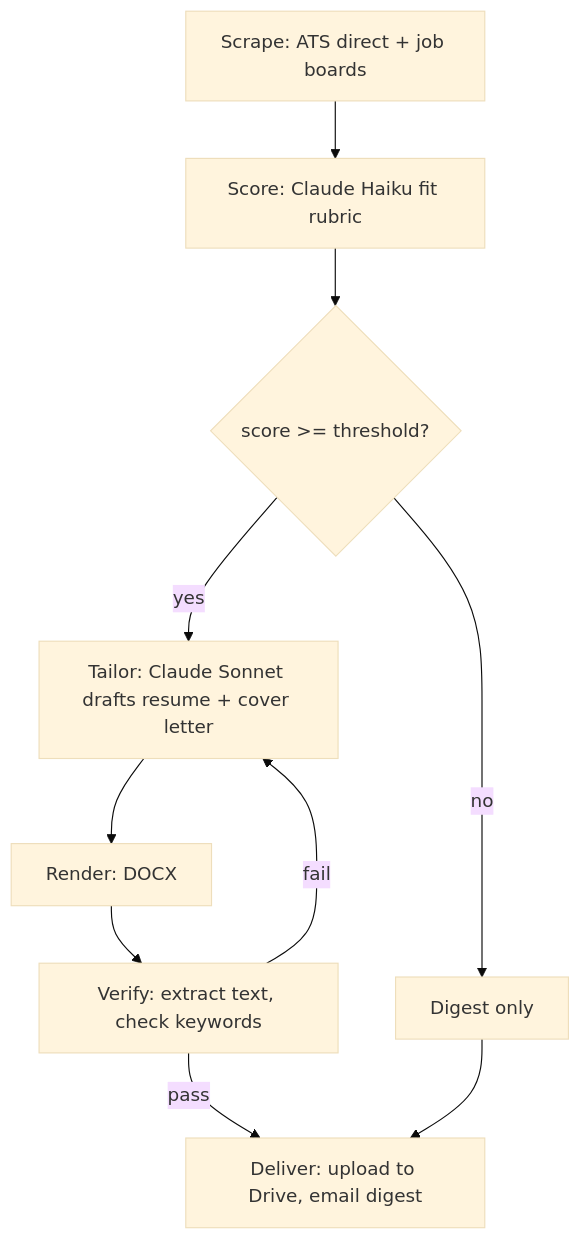
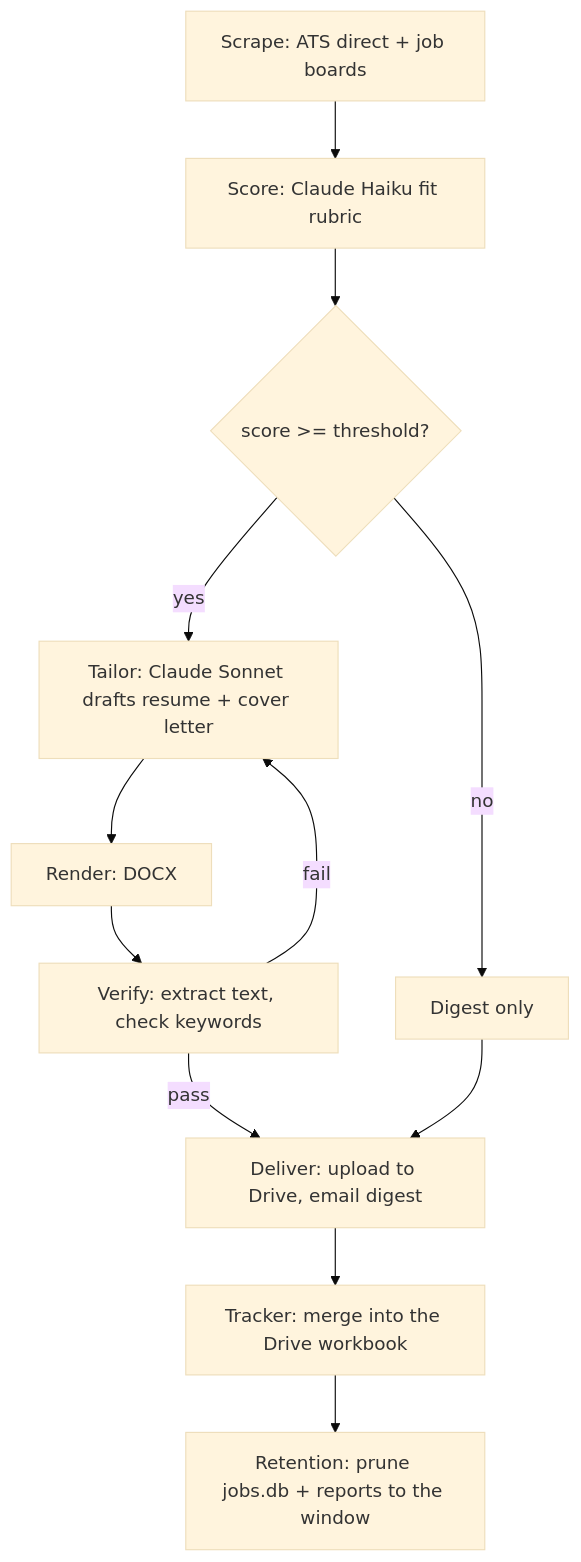
One commit to tbalt88/houndstooth-engine changed the diagram in README.md. Above: the diagram before and after it, drawn with Mermaid (base theme). The commit also changed other lines of this file and 1 other file, not shown here.

First line of the commit message:
docs: OIDC federation setup, tests, tracker/retention, sync instructions

````diff
--- a/README.md
+++ b/README.md
@@ -37,12 +37,14 @@
 ```mermaid
 flowchart TD
     A[Scrape: ATS direct + job boards] --> B[Score: Claude Haiku fit rubric]
     B --> C{score >= threshold?}
     C -- no --> D[Digest only]
     C -- yes --> E[Tailor: Claude Sonnet drafts resume + cover letter]
     E --> F[Render: DOCX]
     F --> G[Verify: extract text, check keywords]
     G -- fail --> E
     G -- pass --> H[Deliver: upload to Drive, email digest]
     D --> H
+    H --> I[Tracker: merge into the Drive workbook]
+    I --> J[Retention: prune jobs.db + reports to the window]
 ```
````
